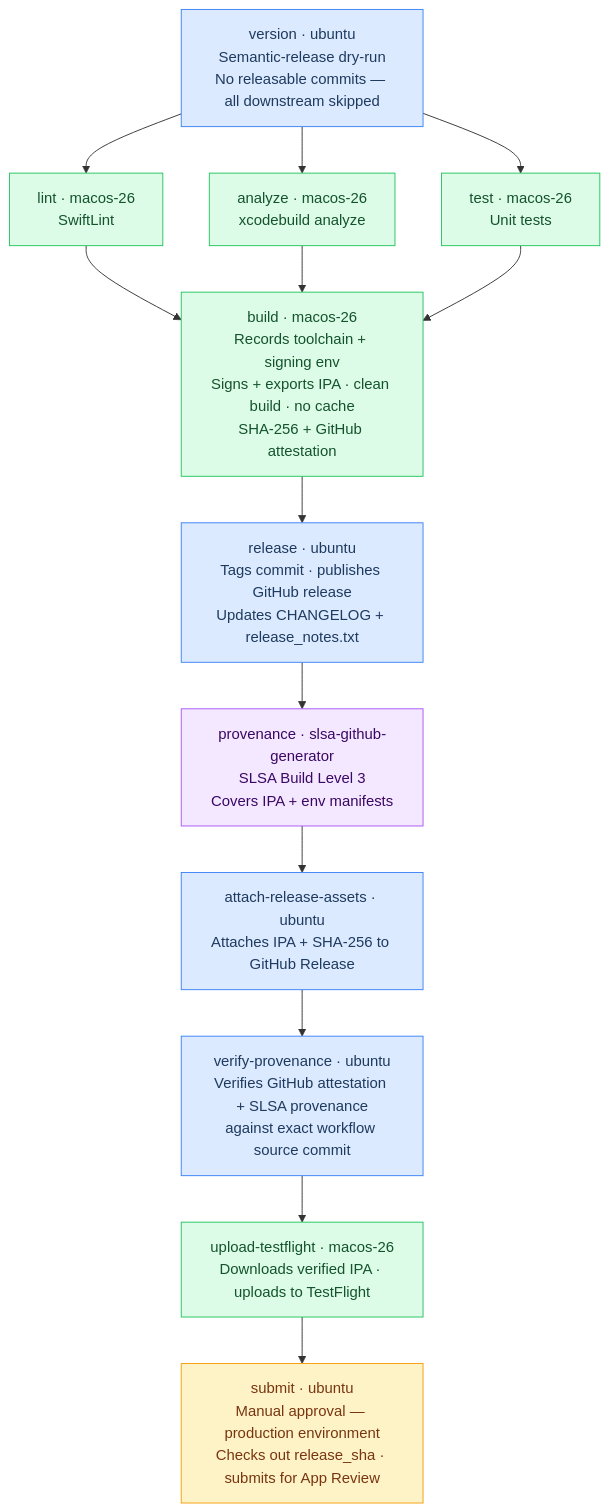
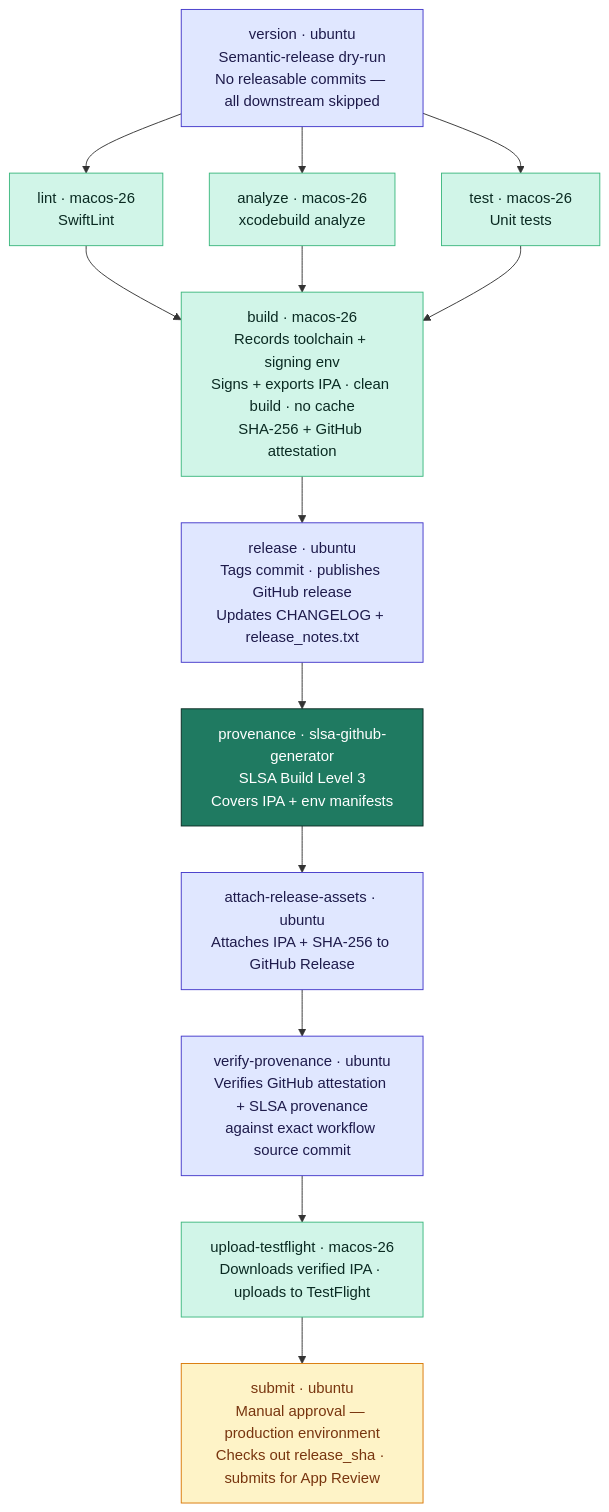
The third of 3 diagrams in README.md (northcutted/picstrip), drawn with Mermaid before and after one commit. The commit also changed other lines of this file, not shown here.

Commit message:
docs: apply app brand palette to all Mermaid diagrams

````diff
--- a/README.md
+++ b/README.md
@@ -302,33 +324,33 @@
 ```mermaid
 flowchart TD
     version["version · ubuntu\nSemantic-release dry-run\nNo releasable commits — all downstream skipped"]
     lint["lint · macos-26\nSwiftLint"]
     analyze["analyze · macos-26\nxcodebuild analyze"]
     test["test · macos-26\nUnit tests"]
     build["build · macos-26\nRecords toolchain + signing env\nSigns + exports IPA · clean build · no cache\nSHA-256 + GitHub attestation"]
     release["release · ubuntu\nTags commit · publishes GitHub release\nUpdates CHANGELOG + release_notes.txt"]
     provenance["provenance · slsa-github-generator\nSLSA Build Level 3\nCovers IPA + env manifests"]
     attach["attach-release-assets · ubuntu\nAttaches IPA + SHA-256 to GitHub Release"]
     verify["verify-provenance · ubuntu\nVerifies GitHub attestation + SLSA provenance\nagainst exact workflow source commit"]
     testflight["upload-testflight · macos-26\nDownloads verified IPA · uploads to TestFlight"]
     submit["submit · ubuntu\nManual approval — production environment\nChecks out release_sha · submits for App Review"]
 
     version --> lint & analyze & test
     lint & analyze & test --> build
     build --> release
     release --> provenance
     provenance --> attach
     attach --> verify
     verify --> testflight
     testflight --> submit
 
-    classDef ubuntu fill:#dbeafe,stroke:#3b82f6,color:#1e3a5f
-    classDef macos  fill:#dcfce7,stroke:#22c55e,color:#14532d
-    classDef slsa   fill:#f3e8ff,stroke:#a855f7,color:#3b0764
-    classDef manual fill:#fef3c7,stroke:#f59e0b,color:#78350f
+    classDef ubuntu fill:#e0e7ff,stroke:#4338ca,color:#1e1b4b
+    classDef macos  fill:#d1f5e8,stroke:#3db87f,color:#0a2a22
+    classDef slsa   fill:#1f7a61,stroke:#0a2a22,color:#ffffff
+    classDef manual fill:#fef3c7,stroke:#d97706,color:#78350f
 
     class version,release,attach,verify ubuntu
     class lint,analyze,test,build,testflight macos
     class provenance slsa
     class submit manual
 ```
````
